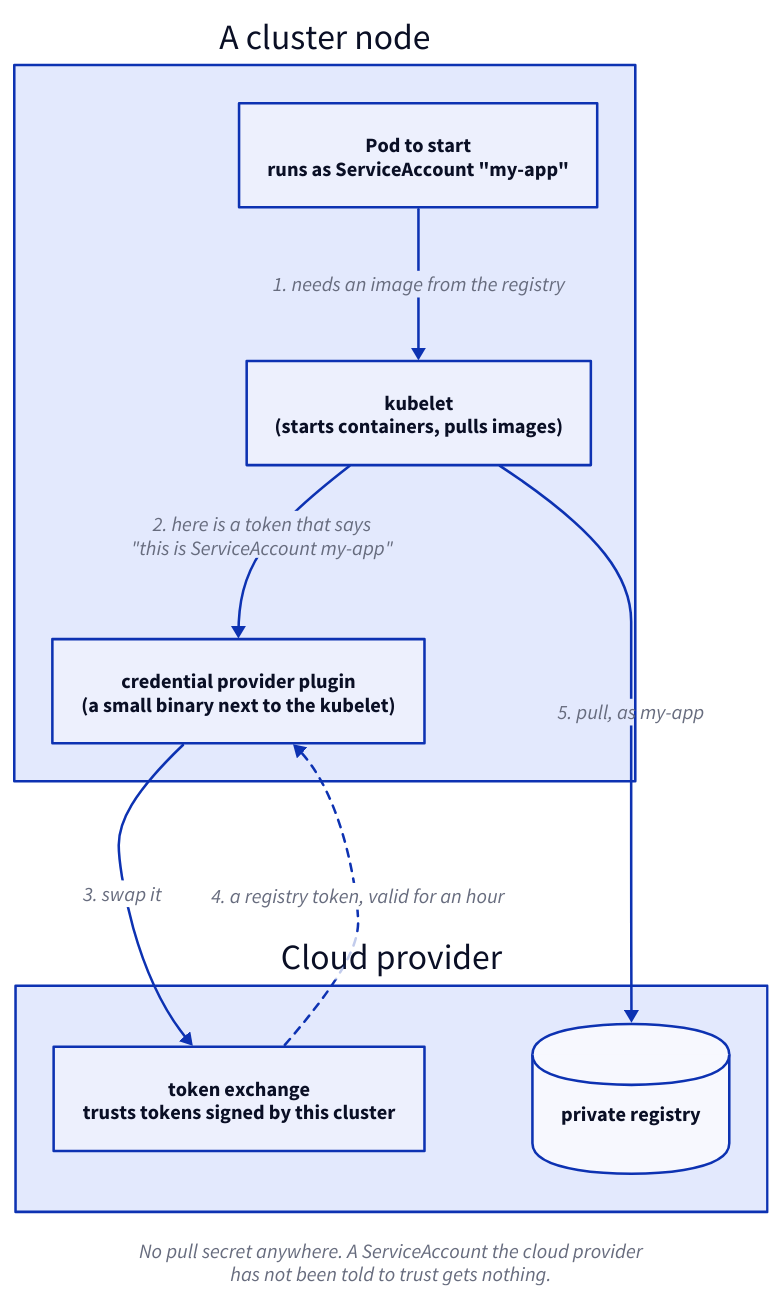
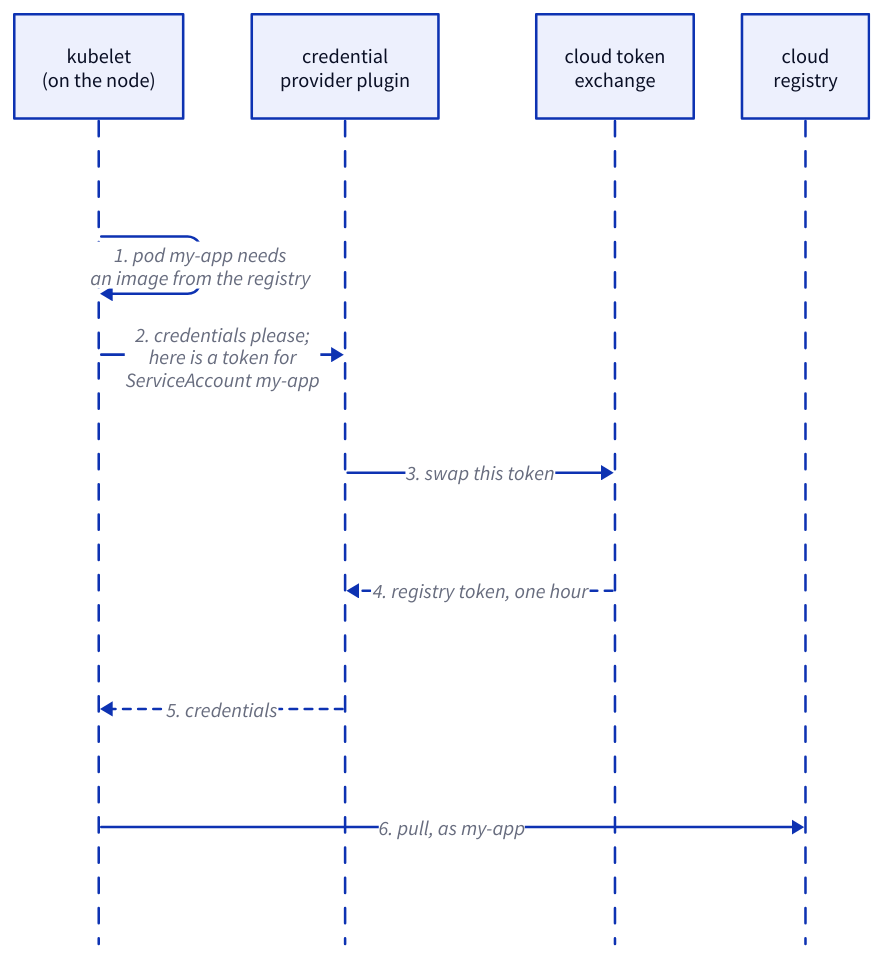
Before and after one commit to dlouwers/dlouwers.github.io: the diagram in src/diagrams/secret-free-image-pull.d2, drawn with D2. The commit also changed 6 other files, not shown here.

First line of the commit message:
Draft: write the opening section; resize the diagrams

```diff
--- a/src/diagrams/secret-free-image-pull.d2
+++ b/src/diagrams/secret-free-image-pull.d2
@@ -1,28 +1,17 @@
-direction: down
+shape: sequence_diagram
 
-node: "A cluster node" {
-  pod: "Pod to start\nruns as ServiceAccount \"my-app\""
-  kubelet: "kubelet\n(starts containers, pulls images)"
-  plugin: "credential provider plugin\n(a small binary next to the kubelet)"
-}
+kubelet: "kubelet\n(on the node)"
+plugin: "credential\nprovider plugin"
+sts: "cloud token\nexchange"
+reg: "cloud\nregistry"
 
-google: "Cloud provider" {
-  sts: "token exchange\ntrusts tokens signed by this cluster"
-  reg: "private registry" {
-    shape: cylinder
-  }
-}
-
-node.pod -> node.kubelet: "1. needs an image from the registry"
-node.kubelet -> node.plugin: "2. here is a token that says\n\"this is ServiceAccount my-app\""
-node.plugin -> google.sts: "3. swap it"
-google.sts -> node.plugin: "4. a registry token, valid for an hour" {
+kubelet -> kubelet: "1. pod my-app needs\nan image from the registry"
+kubelet -> plugin: "2. credentials please;\nhere is a token for\nServiceAccount my-app"
+plugin -> sts: "3. swap this token"
+sts -> plugin: "4. registry token, one hour" {
   style.stroke-dash: 3
 }
-node.kubelet -> google.reg: "5. pull, as my-app"
-
-note: "No pull secret anywhere. A ServiceAccount the cloud provider\nhas not been told to trust gets nothing." {
-  shape: text
-  near: bottom-center
-  style.italic: true
+plugin -> kubelet: "5. credentials" {
+  style.stroke-dash: 3
 }
+kubelet -> reg: "6. pull, as my-app"
```
